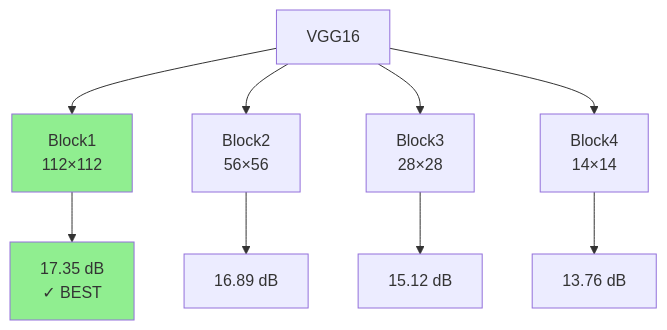
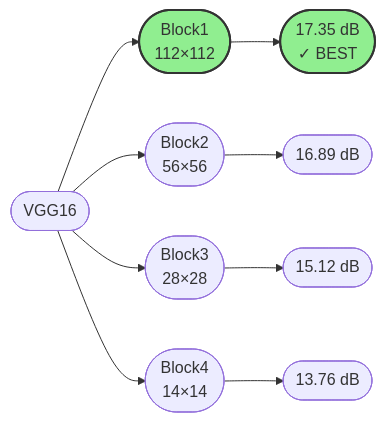
One commit to DanicaBlazanovic/CAP6415_F25_project_Input_Image_Reconstruction_from_Features changed the sixth of 9 diagrams in methodology.md. Above: the diagram before and after it, drawn with Mermaid. The commit also changed other lines of this file, not shown here.

````diff
--- a/methodology.md
+++ b/methodology.md
@@ -146,15 +150,15 @@
 ```mermaid
-graph TD
-    A[VGG16] --> B[Block1<br/>112×112]
-    A --> C[Block2<br/>56×56]
-    A --> D[Block3<br/>28×28]
-    A --> E[Block4<br/>14×14]
+graph LR
+    A([VGG16]) --> B([Block1<br/>112×112])
+    A --> C([Block2<br/>56×56])
+    A --> D([Block3<br/>28×28])
+    A --> E([Block4<br/>14×14])
     
-    B --> F[17.35 dB<br/>✓ BEST]
-    C --> G[16.89 dB]
-    D --> H[15.12 dB]
-    E --> I[13.76 dB]
+    B --> F([17.35 dB<br/>✓ BEST])
+    C --> G([16.89 dB])
+    D --> H([15.12 dB])
+    E --> I([13.76 dB])
     
-    style B fill:#90EE90
-    style F fill:#90EE90
+    style B fill:#90EE90,stroke:#333,stroke-width:2px
+    style F fill:#90EE90,stroke:#333,stroke-width:2px
 ```
````
